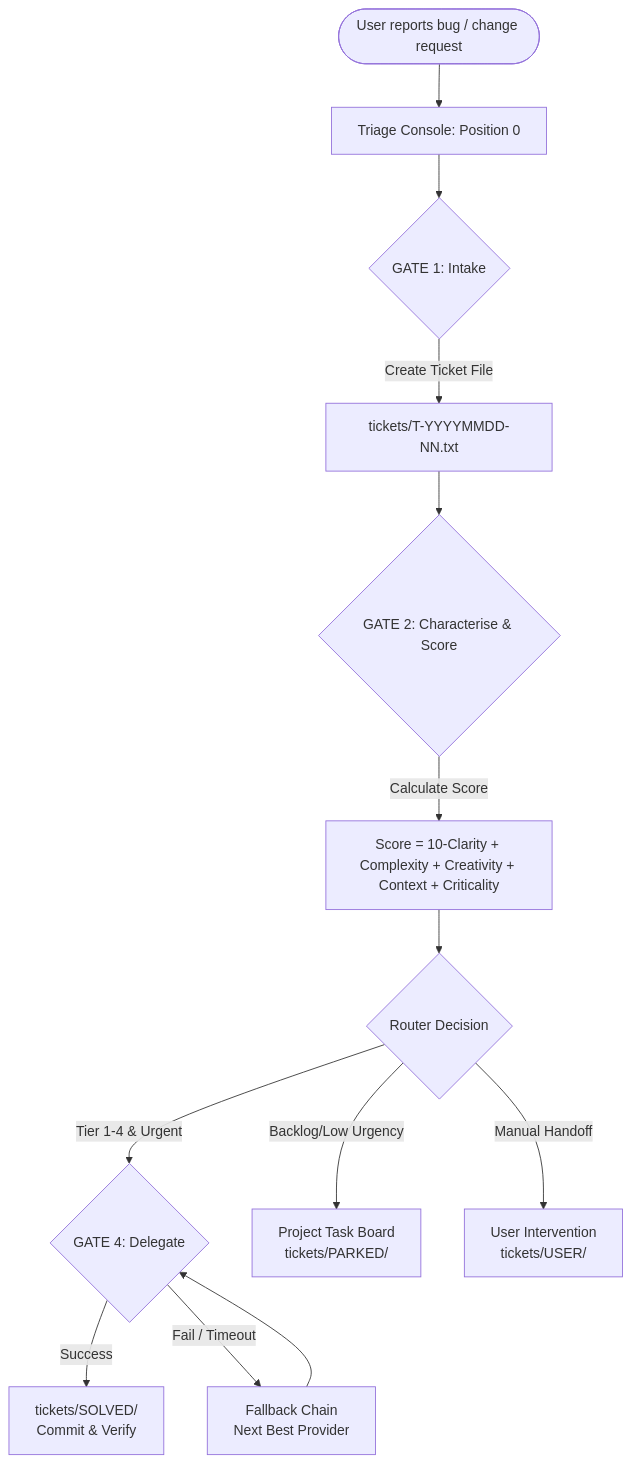
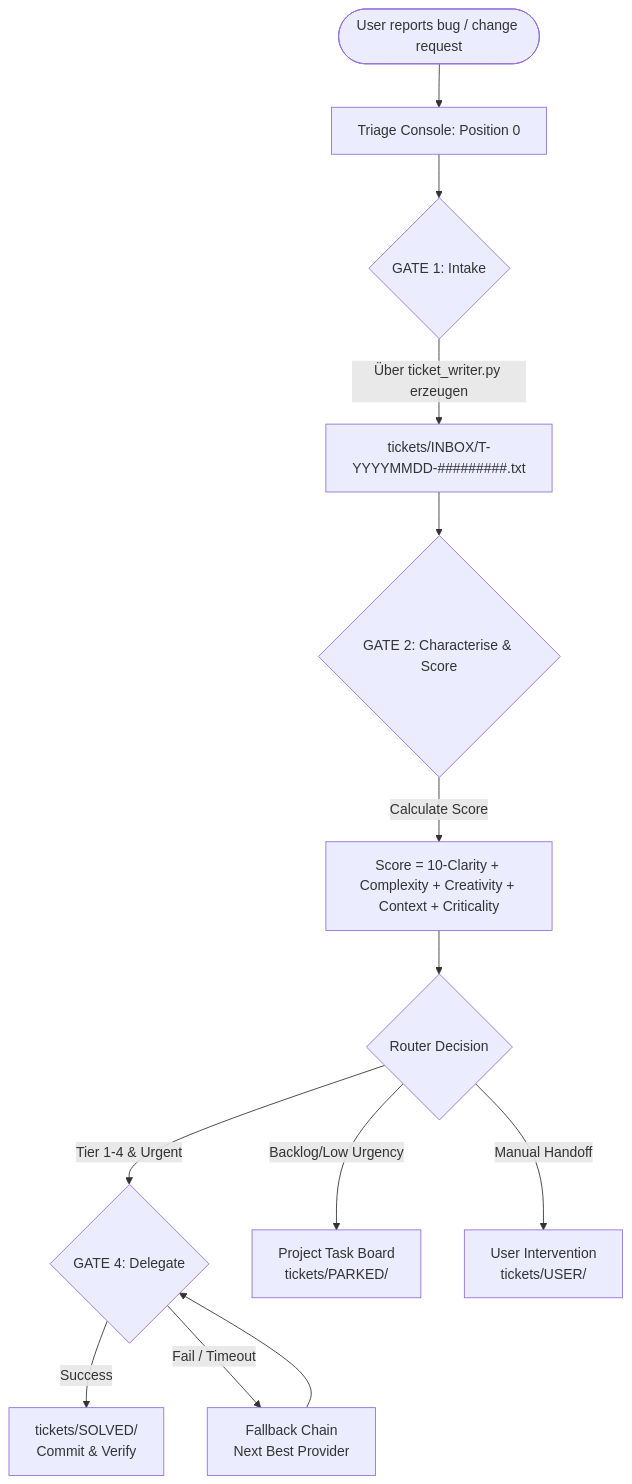
Before and after one commit to ellmos-ai/ticket-master: the diagram in README_de.md, drawn with Mermaid. The commit also changed other lines of this file and 10 other files, not shown here.

````diff
--- a/README_de.md
+++ b/README_de.md
@@ -65,17 +65,17 @@
 ```mermaid
 graph TD
     User([User reports bug / change request]) --> Position0[Triage Console: Position 0]
     Position0 --> GATE1{GATE 1: Intake}
-    GATE1 -->|Create Ticket File| TxtFile[tickets/T-YYYYMMDD-NN.txt]
+    GATE1 -->|Über ticket_writer.py erzeugen| TxtFile[tickets/INBOX/T-YYYYMMDD-#########.txt]
     TxtFile --> GATE2{GATE 2: Characterise & Score}
     GATE2 -->|Calculate Score| Score[Score = 10-Clarity + Complexity + Creativity + Context + Criticality]
     Score --> Router{Router Decision}
     
     Router -->|Tier 1-4 & Urgent| GATE4{GATE 4: Delegate}
     Router -->|Backlog/Low Urgency| TaskDB[Project Task Board<br>tickets/PARKED/]
     Router -->|Manual Handoff| UserHandoff[User Intervention<br>tickets/USER/]
     
     GATE4 -->|Success| Solved[tickets/SOLVED/<br>Commit & Verify]
     GATE4 -->|Fail / Timeout| Fallback[Fallback Chain<br>Next Best Provider]
     Fallback --> GATE4
 ```
````
